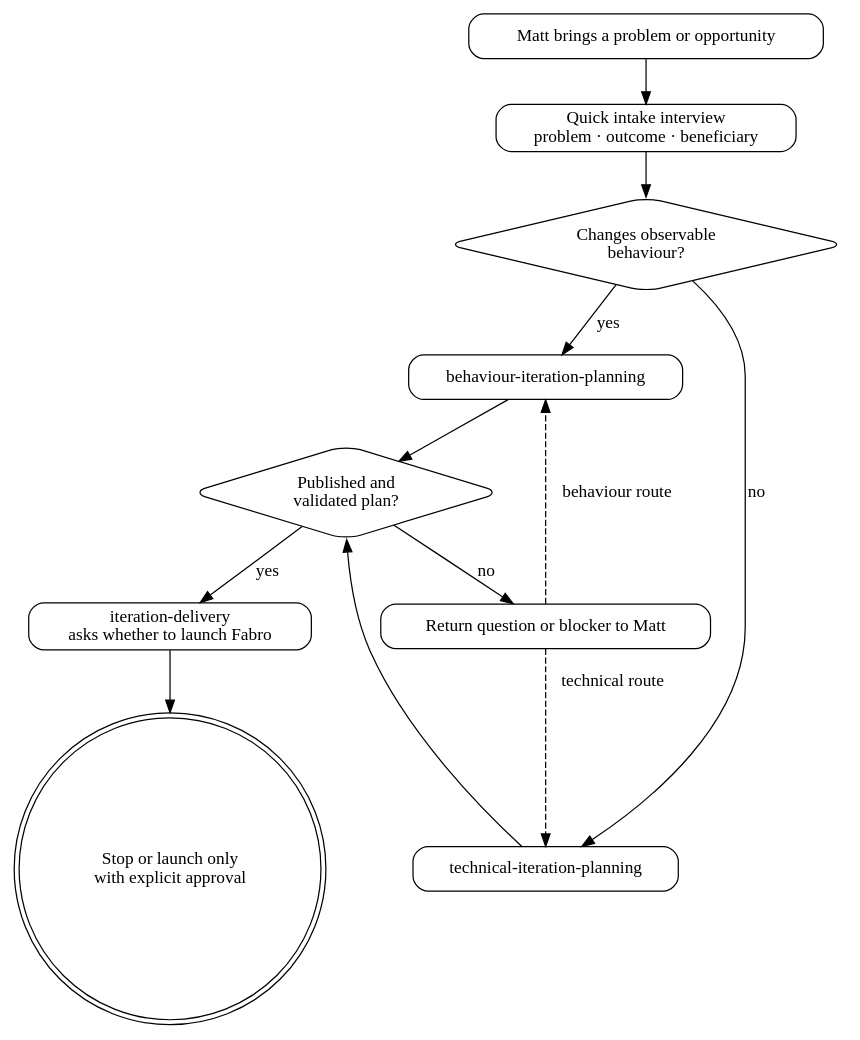
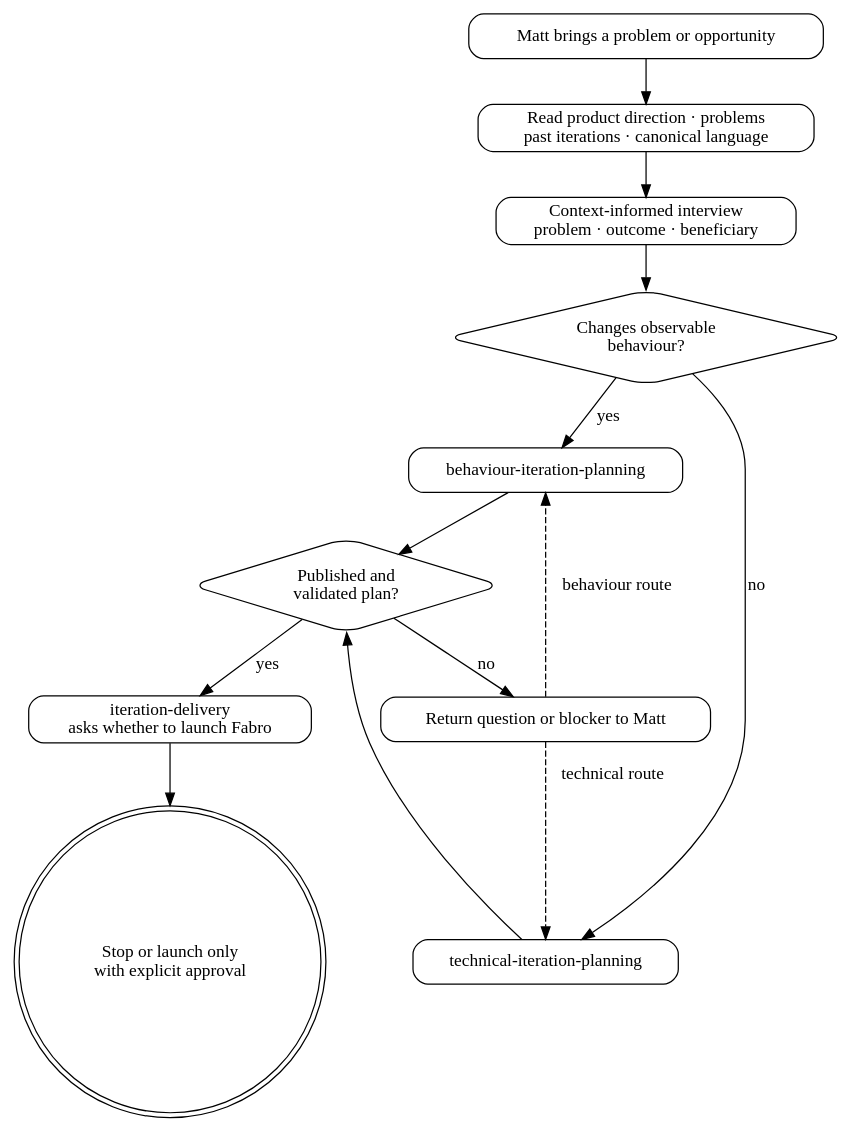
The diagram in .pi/skills/iteration-planning/SKILL.md (mattwynne/memba), drawn with Graphviz before and after one commit. The commit also changed other lines of this file and 4 other files, not shown here.

````diff
--- a/.pi/skills/iteration-planning/SKILL.md
+++ b/.pi/skills/iteration-planning/SKILL.md
@@ -46,27 +48,28 @@
 ```dot
 digraph iteration_planning {
   rankdir=TB;
   node [shape=box, style="rounded"];
 
   start [label="Matt brings a problem or opportunity"];
-  intake [label="Quick intake interview\nproblem · outcome · beneficiary"];
+  context [label="Read product direction · problems\npast iterations · canonical language"];
+  intake [label="Context-informed interview\nproblem · outcome · beneficiary"];
   classify [shape=diamond, label="Changes observable\nbehaviour?"];
   behaviour [label="behaviour-iteration-planning"];
   technical [label="technical-iteration-planning"];
   result [shape=diamond, label="Published and\nvalidated plan?"];
   blocked [label="Return question or blocker to Matt"];
   delivery [label="iteration-delivery\nasks whether to launch Fabro"];
   stop [shape=doublecircle, label="Stop or launch only\nwith explicit approval"];
 
-  start -> intake -> classify;
+  start -> context -> intake -> classify;
   classify -> behaviour [label="yes"];
   classify -> technical [label="no"];
   behaviour -> result;
   technical -> result;
   result -> blocked [label="no"];
   blocked -> behaviour [label="behaviour route", style=dashed];
   blocked -> technical [label="technical route", style=dashed];
   result -> delivery [label="yes"];
   delivery -> stop;
 }
 ```
````
